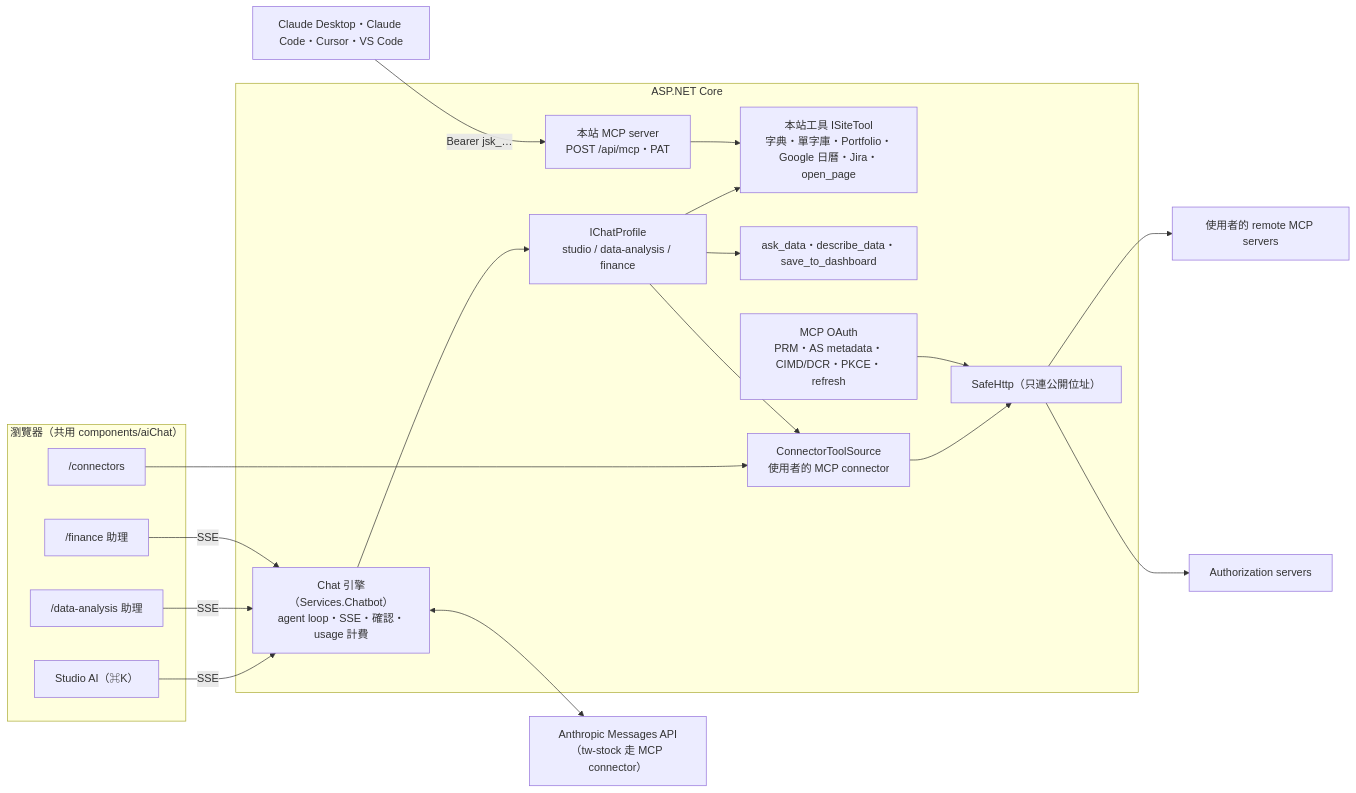
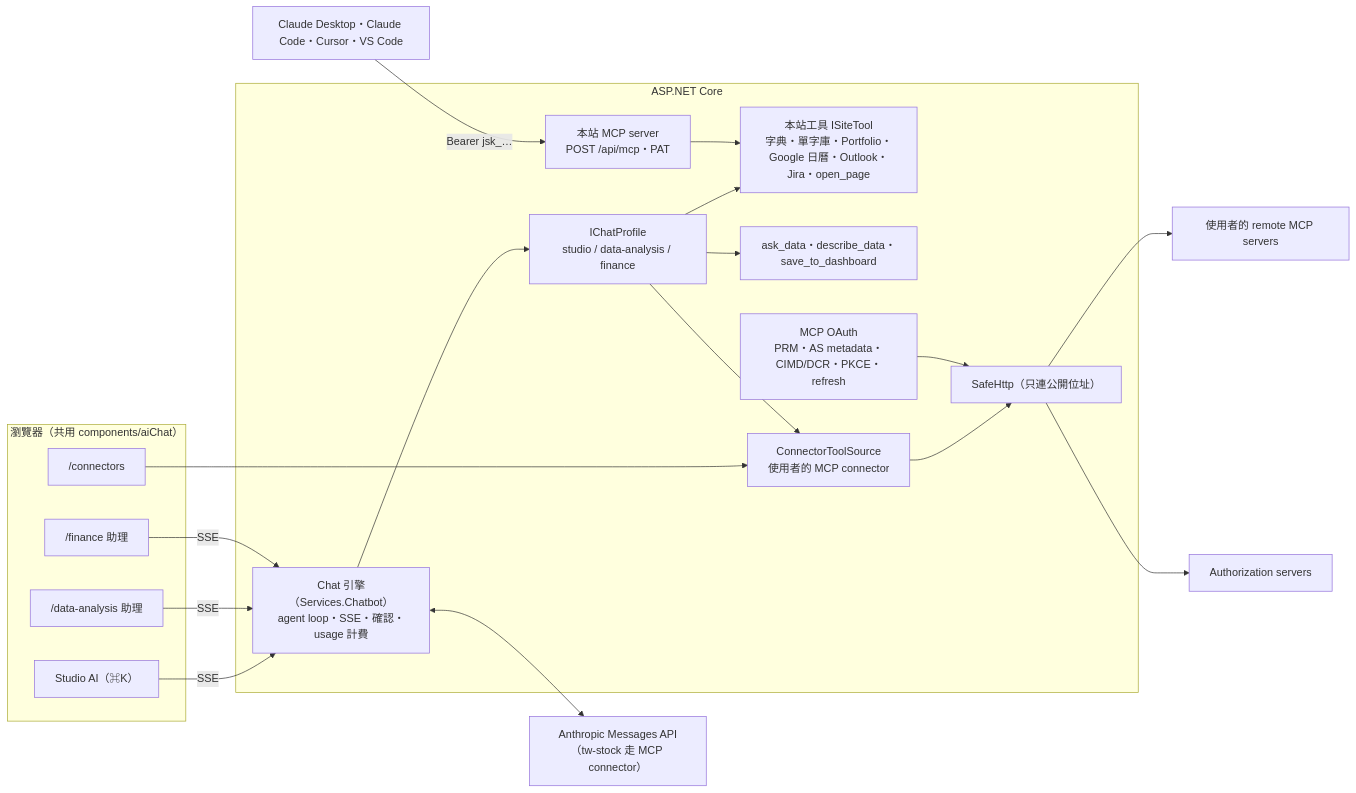
Before and after one commit to twjackysu/JackyAIApp: the diagram in docs/ai-native/SHOWCASE.md, drawn with Mermaid. The commit also changed other lines of this file and 2 other files, not shown here.

First line of the commit message:
docs(ai-native): 第 33 輪 PROGRESS、NEXT、SHOWCASE（Outlook） [skip ci]

````diff
--- a/docs/ai-native/SHOWCASE.md
+++ b/docs/ai-native/SHOWCASE.md
@@ -149,32 +149,32 @@
 ```mermaid
 flowchart LR
   subgraph Browser["瀏覽器（共用 components/aiChat）"]
     Studio["Studio AI（⌘K）"]
     DA["/data-analysis 助理"]
     Fin["/finance 助理"]
     Conn["/connectors"]
   end
   subgraph Server["ASP.NET Core"]
     Chat["Chat 引擎（Services.Chatbot）<br/>agent loop・SSE・確認・usage 計費"]
     Profiles["IChatProfile<br/>studio / data-analysis / finance"]
-    Site["本站工具 ISiteTool<br/>字典・單字庫・Portfolio・Google 日曆・Jira・open_page"]
+    Site["本站工具 ISiteTool<br/>字典・單字庫・Portfolio・Google 日曆・Outlook・Jira・open_page"]
     DATools["ask_data・describe_data・save_to_dashboard"]
     CTS["ConnectorToolSource<br/>使用者的 MCP connector"]
     OAuth["MCP OAuth<br/>PRM・AS metadata・CIMD/DCR・PKCE・refresh"]
     Safe["SafeHttp（只連公開位址）"]
     SiteMcp["本站 MCP server<br/>POST /api/mcp・PAT"]
   end
   Others["Claude Desktop・Claude Code・Cursor・VS Code"]
   Anthropic["Anthropic Messages API<br/>（tw-stock 走 MCP connector）"]
   MCP["使用者的 remote MCP servers"]
   AS["Authorization servers"]
 
   Studio & DA & Fin -->|SSE| Chat
   Conn --> CTS
   Chat --> Profiles
   Profiles --> Site & DATools & CTS
   Chat <--> Anthropic
   CTS --> Safe --> MCP
   OAuth --> Safe --> AS
   Others -->|Bearer jsk_…| SiteMcp --> Site
 ```
````
